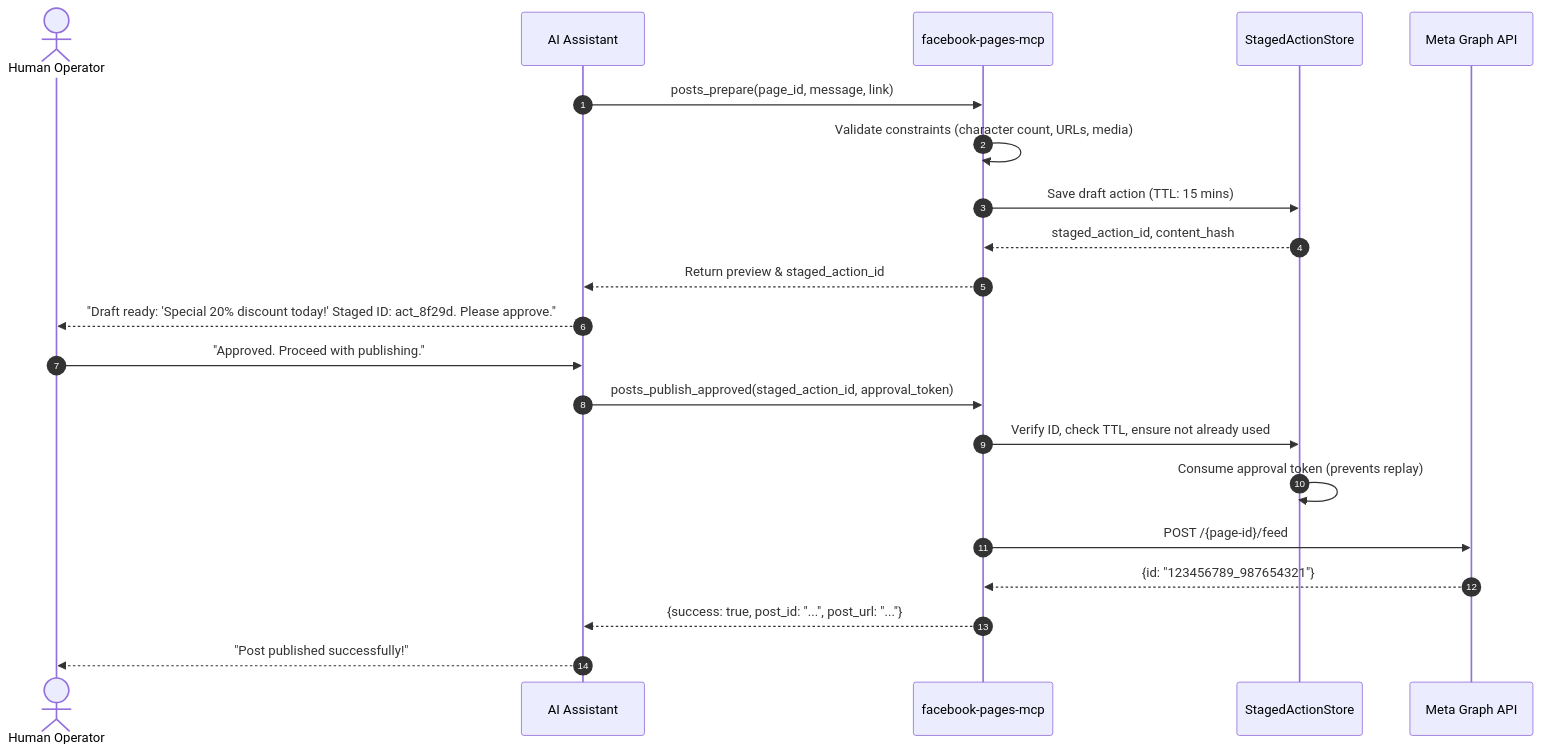
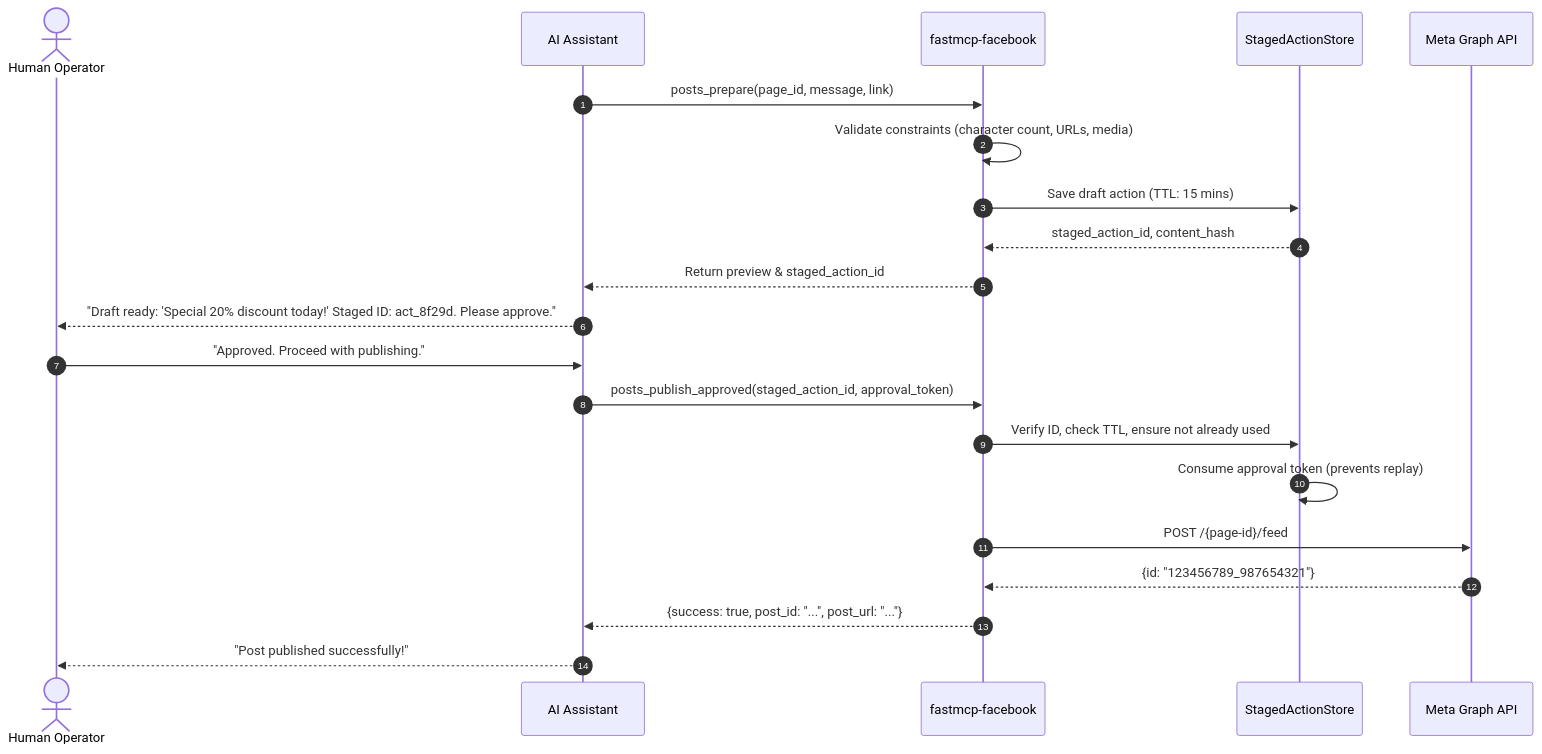
The second of 2 diagrams in README.md (mht0648/fastmcp-facebook), drawn with Mermaid before and after one commit. The commit also changed other lines of this file and 13 other files, not shown here.

Commit message:
refactor: standardize project name to fastmcp-facebook across all files and docs

````diff
--- a/README.md
+++ b/README.md
@@ -95,24 +95,24 @@
 ```mermaid
 sequenceDiagram
     autonumber
     actor User as Human Operator
     participant Agent as AI Assistant
-    participant MCP as facebook-pages-mcp
+    participant MCP as fastmcp-facebook
     participant Staging as StagedActionStore
     participant Meta as Meta Graph API
 
     Agent->>MCP: posts_prepare(page_id, message, link)
     MCP->>MCP: Validate constraints (character count, URLs, media)
     MCP->>Staging: Save draft action (TTL: 15 mins)
     Staging-->>MCP: staged_action_id, content_hash
     MCP-->>Agent: Return preview & staged_action_id
     Agent-->>User: "Draft ready: 'Special 20% discount today!' Staged ID: act_8f29d. Please approve."
     User->>Agent: "Approved. Proceed with publishing."
     Agent->>MCP: posts_publish_approved(staged_action_id, approval_token)
     MCP->>Staging: Verify ID, check TTL, ensure not already used
     Staging->>Staging: Consume approval token (prevents replay)
     MCP->>Meta: POST /{page-id}/feed
     Meta-->>MCP: {id: "123456789_987654321"}
     MCP-->>Agent: {success: true, post_id: "...", post_url: "..."}
     Agent-->>User: "Post published successfully!"
 ```
````
